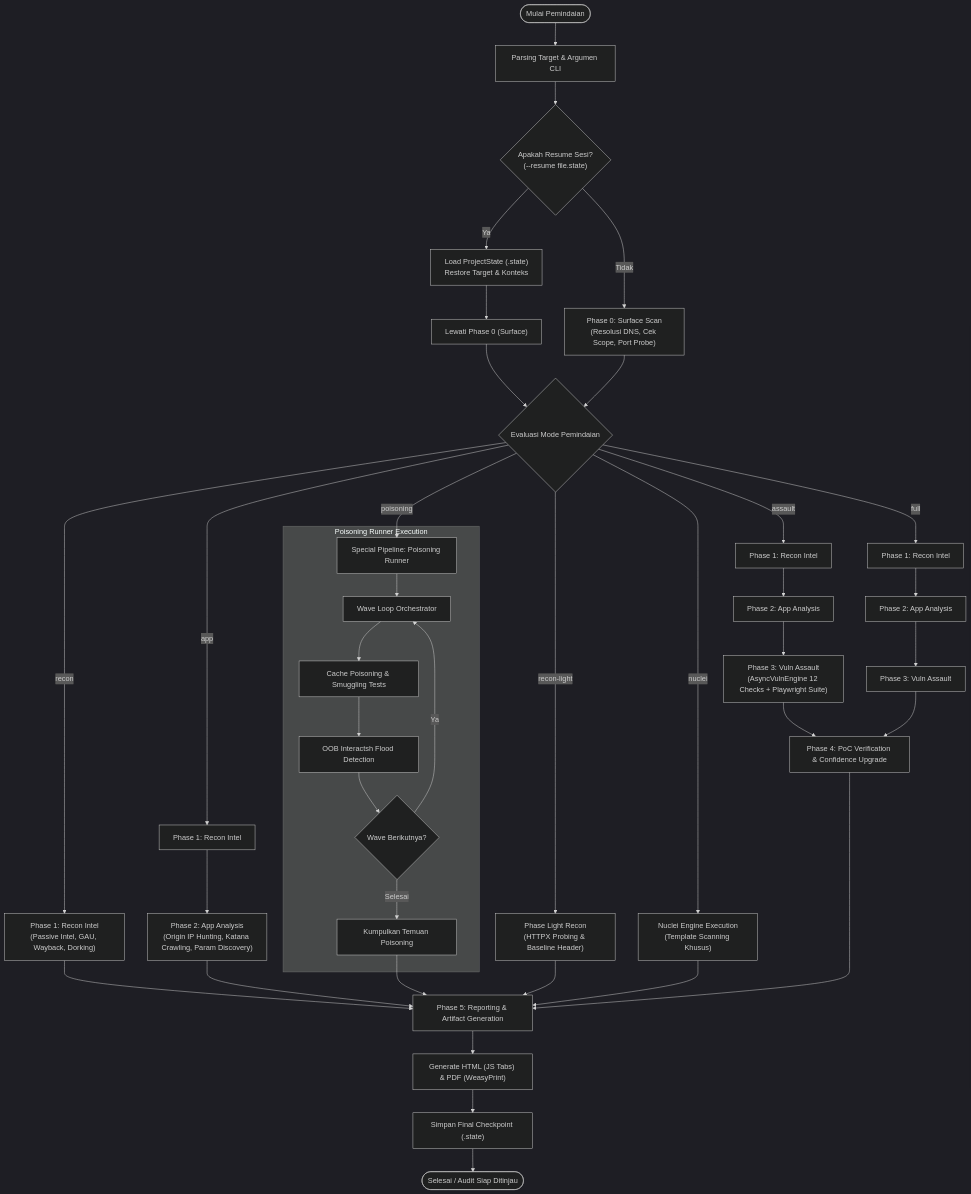
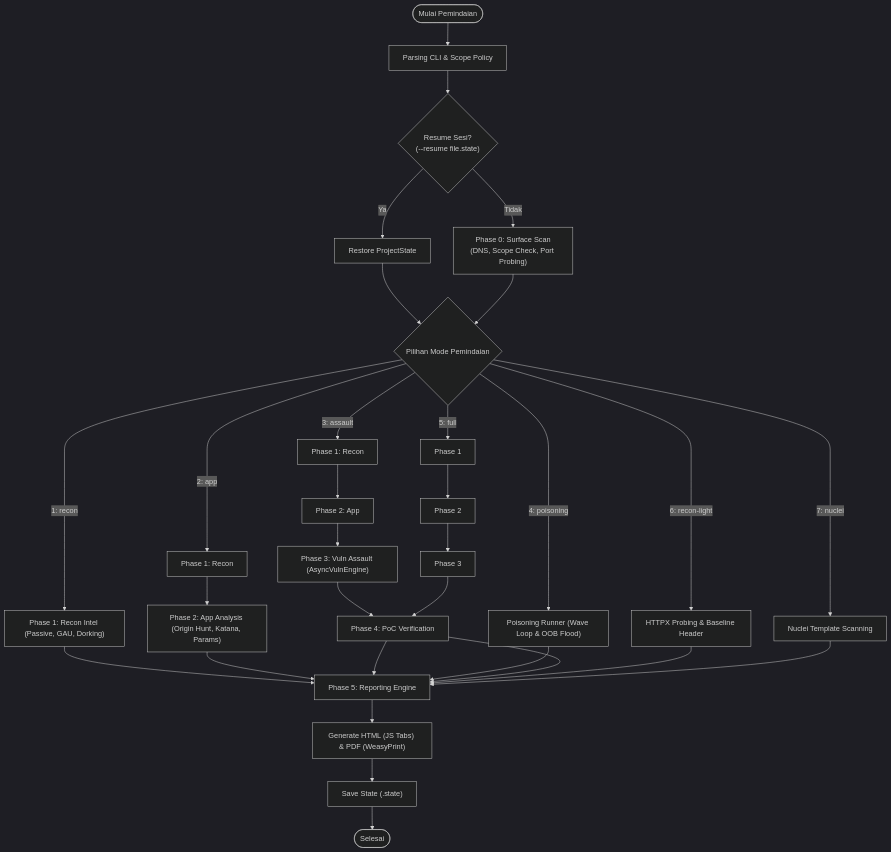
One commit to Samasta-Baskara/Verdamt-Snipe changed the second of 2 diagrams in README.md. Above: the diagram before and after it, drawn with Mermaid (dark theme). The commit also changed other lines of this file and 5 other files, not shown here.

````diff
--- a/README.md
+++ b/README.md
@@ -157,53 +137,20 @@
 ```mermaid
 flowchart TD
-    Start(["Mulai Pemindaian"]) --> Parse["Parsing Target & Argumen CLI"]
-    Parse --> CheckResume{"Apakah Resume Sesi?<br>(--resume file.state)"}
+    Start(["Mulai Pemindaian"]) --> Parse["Parsing CLI & Scope Policy"]
+    Parse --> CheckResume{"Resume Sesi?<br>(--resume file.state)"}
 
-    CheckResume -- "Ya" --> LoadState["Load ProjectState (.state)<br>Restore Target & Konteks"]
-    LoadState --> SkipPhase0["Lewati Phase 0 (Surface)"]
+    CheckResume -- "Ya" --> LoadState["Restore ProjectState"] --> ModeSelect
+    CheckResume -- "Tidak" --> Phase0["Phase 0: Surface Scan<br>(DNS, Scope Check, Port Probing)"] --> ModeSelect
 
-    CheckResume -- "Tidak" --> Phase0["Phase 0: Surface Scan<br>(Resolusi DNS, Cek Scope, Port Probe)"]
+    ModeSelect{"Pilihan Mode Pemindaian"}
+    ModeSelect -- "1: recon" --> Phase1["Phase 1: Recon Intel (Passive, GAU, Dorking)"] --> Phase5Report
+    ModeSelect -- "2: app" --> Phase1App["Phase 1: Recon"] --> Phase2App["Phase 2: App Analysis (Origin Hunt, Katana, Params)"] --> Phase5Report
+    ModeSelect -- "3: assault" --> Phase1Assault["Phase 1: Recon"] --> Phase2Assault["Phase 2: App"] --> Phase3Assault["Phase 3: Vuln Assault (AsyncVulnEngine)"] --> Phase4Verify["Phase 4: PoC Verification"] --> Phase5Report
+    ModeSelect -- "4: poisoning" --> PoisonRunner["Poisoning Runner (Wave Loop & OOB Flood)"] --> Phase5Report
+    ModeSelect -- "5: full" --> Phase1Full["Phase 1"] --> Phase2Full["Phase 2"] --> Phase3Full["Phase 3"] --> Phase4Verify --> Phase5Report
+    ModeSelect -- "6: recon-light" --> LightRecon["HTTPX Probing & Baseline Header"] --> Phase5Report
+    ModeSelect -- "7: nuclei" --> NucleiEngine["Nuclei Template Scanning"] --> Phase5Report
 
-    SkipPhase0 --> ModeSelect{"Evaluasi Mode Pemindaian"}
-    Phase0 --> ModeSelect
-
-    ModeSelect -- "recon" --> Phase1["Phase 1: Recon Intel<br>(Passive Intel, GAU, Wayback, Dorking)"]
-    ModeSelect -- "app" --> Phase1App["Phase 1: Recon Intel"]
-    ModeSelect -- "assault" --> Phase1Assault["Phase 1: Recon Intel"]
-    ModeSelect -- "full" --> Phase1Full["Phase 1: Recon Intel"]
-    ModeSelect -- "recon-light" --> LightRecon["Phase Light Recon<br>(HTTPX Probing & Baseline Header)"]
-    ModeSelect -- "nuclei" --> NucleiOnly["Nuclei Engine Execution<br>(Template Scanning Khusus)"]
-    ModeSelect -- "poisoning" --> PoisonPipe["Special Pipeline: Poisoning Runner"]
-
-    Phase1 --> Phase5Report["Phase 5: Reporting & Artifact Generation"]
-
-    Phase1App --> Phase2App["Phase 2: App Analysis<br>(Origin IP Hunting, Katana Crawling, Param Discovery)"]
-    Phase2App --> Phase5Report
-
-    Phase1Assault --> Phase2Assault["Phase 2: App Analysis"]
-    Phase2Assault --> Phase3Assault["Phase 3: Vuln Assault<br>(AsyncVulnEngine 12 Checks + Playwright Suite)"]
-
-    Phase1Full --> Phase2Full["Phase 2: App Analysis"]
-    Phase2Full --> Phase3Full["Phase 3: Vuln Assault"]
-
-    Phase3Assault --> Phase4Verify["Phase 4: PoC Verification & Confidence Upgrade"]
-    Phase3Full --> Phase4Verify
-
-    subgraph PoisonBranch ["Poisoning Runner Execution"]
-        PoisonPipe --> WaveLoop["Wave Loop Orchestrator"]
-        WaveLoop --> PoisonTests["Cache Poisoning & Smuggling Tests"]
-        PoisonTests --> OOBFlood["OOB Interactsh Flood Detection"]
-        OOBFlood --> WaveNext{"Wave Berikutnya?"}
-        WaveNext -- "Ya" --> WaveLoop
-        WaveNext -- "Selesai" --> PoisonDone["Kumpulkan Temuan Poisoning"]
-    end
-
-    PoisonDone --> Phase5Report
-    LightRecon --> Phase5Report
-    NucleiOnly --> Phase5Report
-    Phase4Verify --> Phase5Report
-
-    Phase5Report --> GenReport["Generate HTML (JS Tabs) & PDF (WeasyPrint)"]
-    GenReport --> SaveState["Simpan Final Checkpoint (.state)"]
-    SaveState --> Finish(["Selesai / Audit Siap Ditinjau"])
+    Phase5Report["Phase 5: Reporting Engine"] --> GenReport["Generate HTML (JS Tabs) & PDF (WeasyPrint)"]
+    GenReport --> SaveState["Save State (.state)"] --> Done(["Selesai"])
 ```
````
